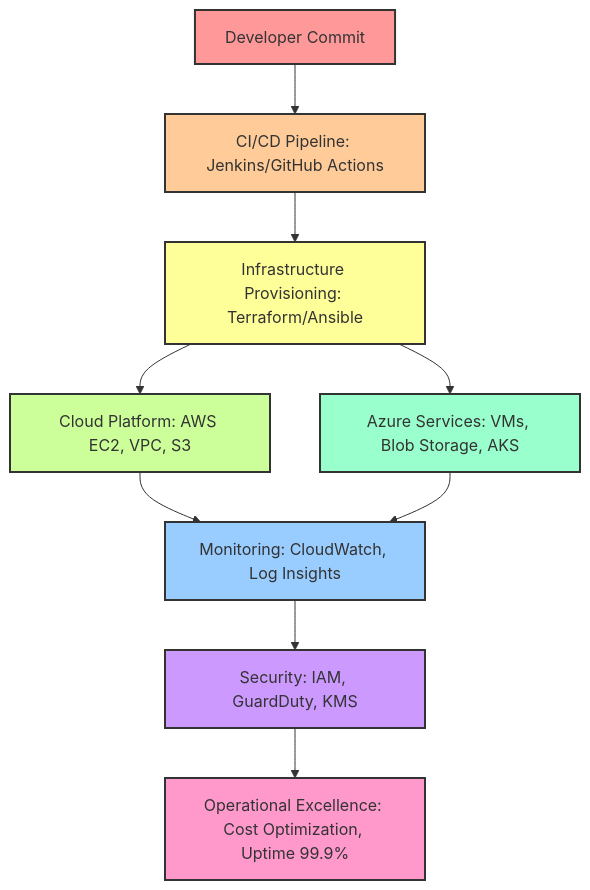
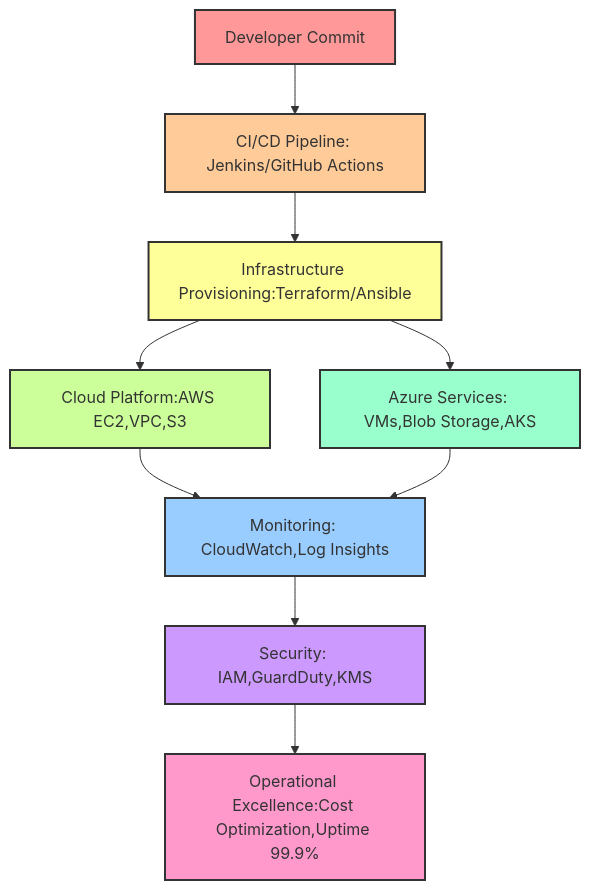
The diagram in README.md (aliceekane/aliceekane-portfolio), drawn with Mermaid before and after one commit.

````diff
--- a/README.md
+++ b/README.md
@@ -71,22 +71,22 @@
 ```mermaid
 flowchart TD
     A[Developer Commit] --> B[CI/CD Pipeline: Jenkins/GitHub Actions]
-    B --> C[Infrastructure Provisioning: Terraform/Ansible]
-    C --> D[Cloud Platform: AWS EC2, VPC, S3]
-    C --> E[Azure Services: VMs, Blob Storage, AKS]
-    D --> F[Monitoring: CloudWatch, Log Insights]
+    B --> C[Infrastructure Provisioning:Terraform/Ansible]
+    C --> D[Cloud Platform:AWS EC2,VPC,S3]
+    C --> E[Azure Services: VMs,Blob Storage,AKS]
+    D --> F[Monitoring: CloudWatch,Log Insights]
     E --> F
-    F --> G[Security: IAM, GuardDuty, KMS]
-    G --> H[Operational Excellence: Cost Optimization, Uptime 99.9%]
+    F --> G[Security: IAM,GuardDuty,KMS]
+    G --> H[Operational Excellence:Cost Optimization,Uptime 99.9%]
 
     %% Assigning different colors to each box
     style A fill:#FF9999,stroke:#333,stroke-width:2px
     style B fill:#FFCC99,stroke:#333,stroke-width:2px
     style C fill:#FFFF99,stroke:#333,stroke-width:2px
     style D fill:#CCFF99,stroke:#333,stroke-width:2px
     style E fill:#99FFCC,stroke:#333,stroke-width:2px
     style F fill:#99CCFF,stroke:#333,stroke-width:2px
     style G fill:#CC99FF,stroke:#333,stroke-width:2px
     style H fill:#FF99CC,stroke:#333,stroke-width:2px
 
 ```
````
